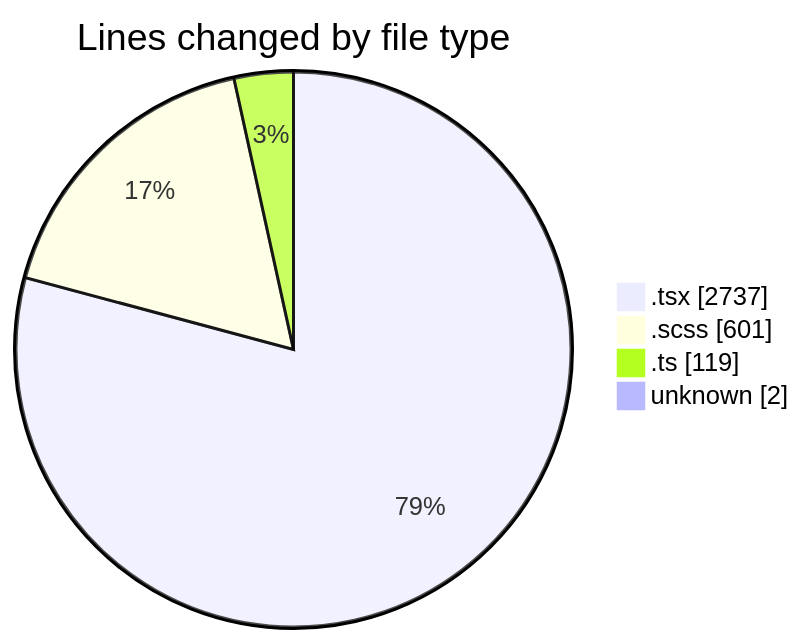
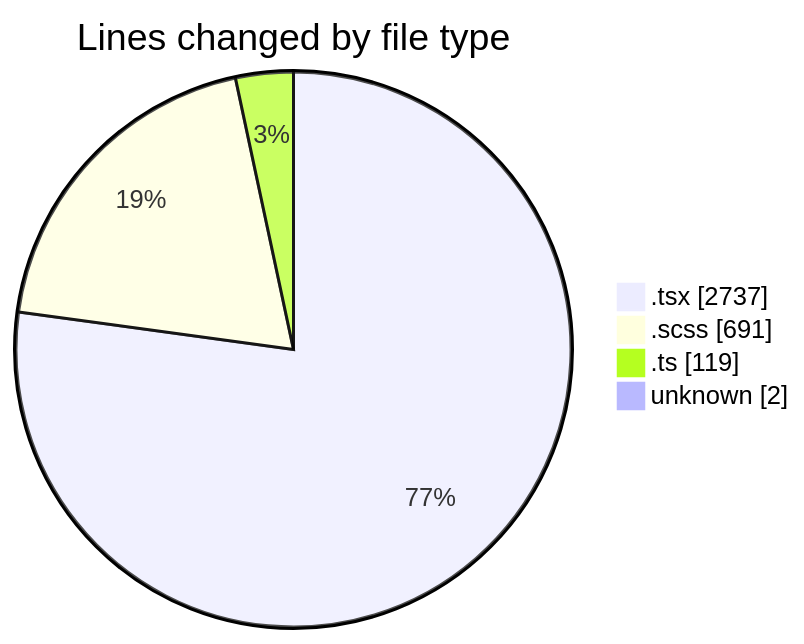
One commit to momahboobian/code-tracking changed the first of 2 diagrams in 2025-06-13/cda/README.md. Above: the diagram before and after it, drawn with Mermaid. The commit also changed other lines of this file and 1 other file, not shown here.

````diff
--- a/2025-06-13/cda/README.md
+++ b/2025-06-13/cda/README.md
@@ -31,8 +33,8 @@
 ```mermaid
 pie showData
 title Lines changed by file type
 ".tsx" : 2737
-".scss" : 601
+".scss" : 691
 ".ts" : 119
 "unknown" : 2
 ```
````
